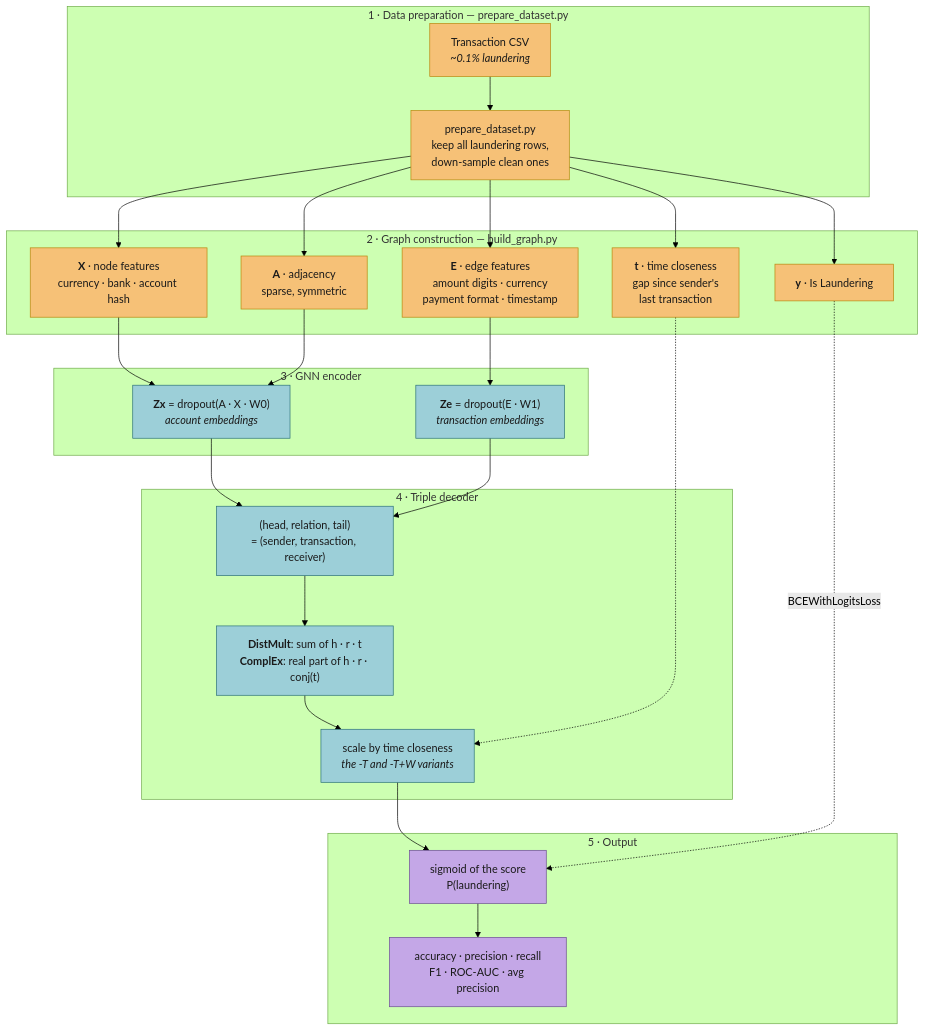
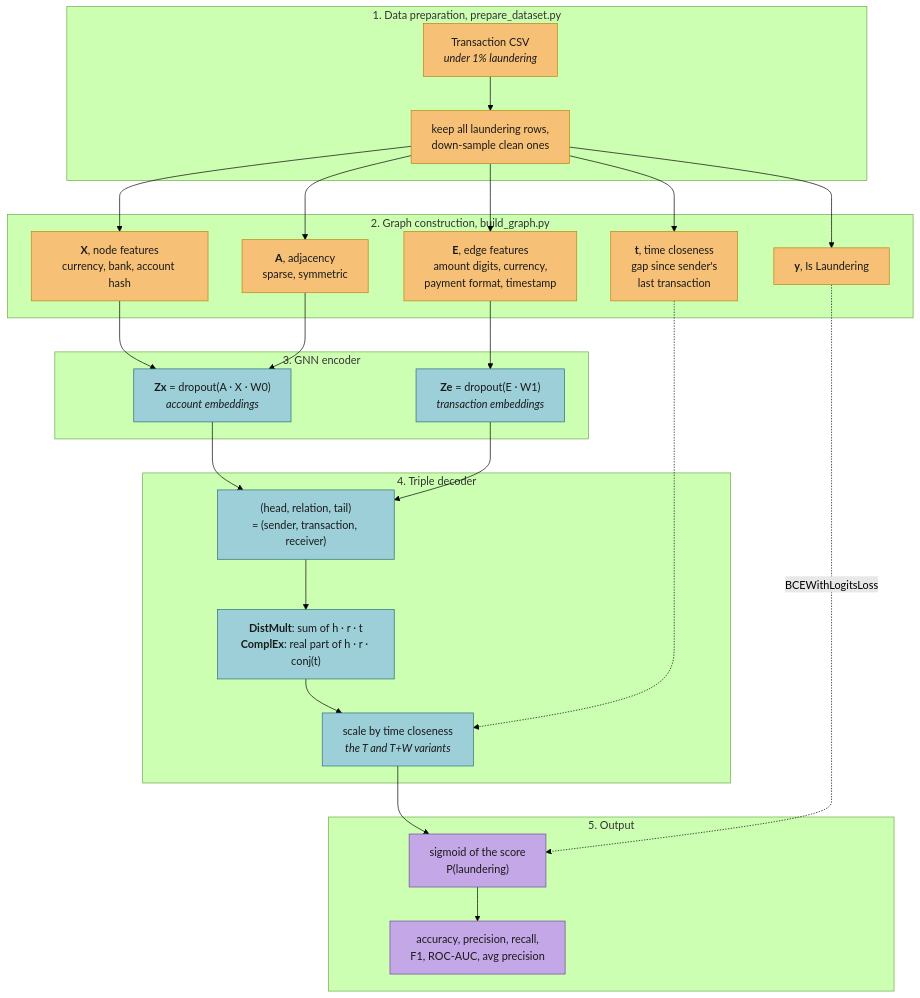
One commit to owhygithub/prj-1-AMLFraudDetectionModel-DeepLearning-GNN-2024 changed the diagram in README.md. Above: the diagram before and after it, drawn with Mermaid (forest theme). The commit also changed other lines of this file and 9 other files, not shown here.

````diff
--- a/README.md
+++ b/README.md
@@ -24,54 +22,54 @@
 ```mermaid
 flowchart TD
-    subgraph prep["1 · Data preparation — prepare_dataset.py"]
-        raw["Transaction CSV<br/><i>~0.1% laundering</i>"]
-        bal["prepare_dataset.py<br/>keep all laundering rows,<br/>down-sample clean ones"]
+    subgraph prep["1. Data preparation, prepare_dataset.py"]
+        raw["Transaction CSV<br/><i>under 1% laundering</i>"]
+        bal["keep all laundering rows,<br/>down-sample clean ones"]
         raw --> bal
     end
 
-    subgraph build["2 · Graph construction — build_graph.py"]
-        nodes["<b>X</b> · node features<br/>currency · bank · account hash"]
-        edges["<b>E</b> · edge features<br/>amount digits · currency<br/>payment format · timestamp"]
-        adj["<b>A</b> · adjacency<br/>sparse, symmetric"]
-        time["<b>t</b> · time closeness<br/>gap since sender's<br/>last transaction"]
-        labels["<b>y</b> · Is Laundering"]
+    subgraph build["2. Graph construction, build_graph.py"]
+        nodes["<b>X</b>, node features<br/>currency, bank, account hash"]
+        edges["<b>E</b>, edge features<br/>amount digits, currency,<br/>payment format, timestamp"]
+        adj["<b>A</b>, adjacency<br/>sparse, symmetric"]
+        time["<b>t</b>, time closeness<br/>gap since sender's<br/>last transaction"]
+        labels["<b>y</b>, Is Laundering"]
     end
 
     bal --> nodes & edges & adj & time & labels
 
-    subgraph enc["3 · GNN encoder"]
+    subgraph enc["3. GNN encoder"]
         zx["<b>Zx</b> = dropout(A · X · W0)<br/><i>account embeddings</i>"]
         ze["<b>Ze</b> = dropout(E · W1)<br/><i>transaction embeddings</i>"]
     end
 
     nodes --> zx
     adj --> zx
     edges --> ze
 
-    subgraph dec["4 · Triple decoder"]
+    subgraph dec["4. Triple decoder"]
         triple["(head, relation, tail)<br/>= (sender, transaction, receiver)"]
         score["<b>DistMult</b>: sum of h · r · t<br/><b>ComplEx</b>: real part of h · r · conj(t)"]
-        gate["scale by time closeness<br/><i>the -T and -T+W variants</i>"]
+        gate["scale by time closeness<br/><i>the T and T+W variants</i>"]
         triple --> score --> gate
     end
 
     zx --> triple
     ze --> triple
     time -.-> gate
 
-    subgraph output["5 · Output"]
+    subgraph output["5. Output"]
         logit["sigmoid of the score<br/>P(laundering)"]
-        eval["accuracy · precision · recall<br/>F1 · ROC-AUC · avg precision"]
+        eval["accuracy, precision, recall,<br/>F1, ROC-AUC, avg precision"]
         logit --> eval
     end
 
     gate --> logit
     labels -.->|BCEWithLogitsLoss| logit
 
     classDef data fill:#f6c177,stroke:#b8860b,color:#1a1a1a
     classDef model fill:#9ccfd8,stroke:#2a6f77,color:#1a1a1a
     classDef result fill:#c4a7e7,stroke:#6b4c93,color:#1a1a1a
     class raw,bal,nodes,edges,adj,time,labels data
     class zx,ze,triple,score,gate model
     class logit,eval result
 ```
````
